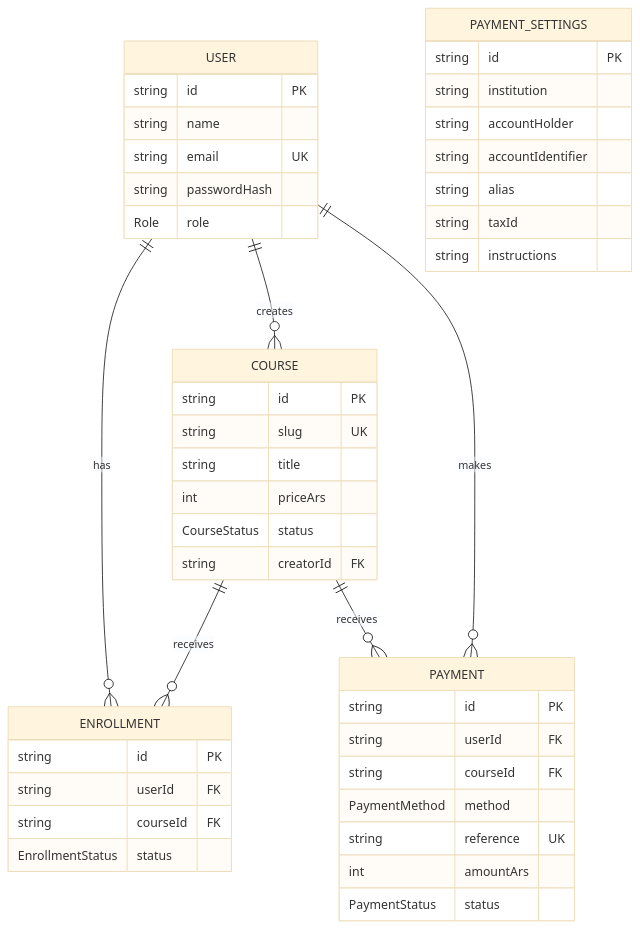
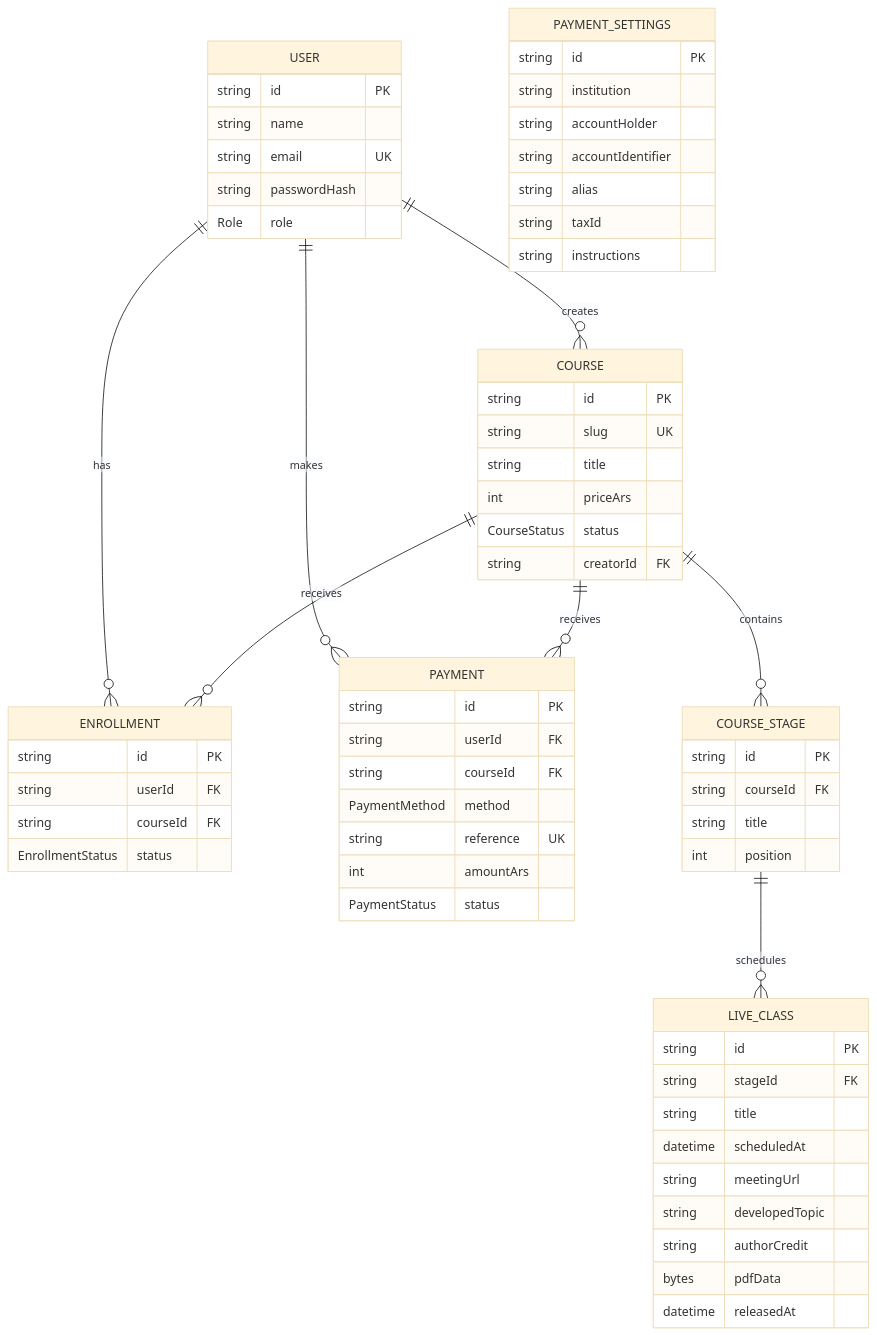
The diagram in docs/der.md (brianlautarolinares-ui/HOWARTS), drawn with Mermaid (base theme) before and after one commit. The commit also changed 21 other files, not shown here.

````diff
--- a/docs/der.md
+++ b/docs/der.md
@@ -3,49 +3,69 @@
 ```mermaid
 erDiagram
   USER ||--o{ ENROLLMENT : has
   COURSE ||--o{ ENROLLMENT : receives
   USER ||--o{ COURSE : creates
 
   USER {
     string id PK
     string name
     string email UK
     string passwordHash
     Role role
   }
   COURSE {
     string id PK
     string slug UK
     string title
     int priceArs
     CourseStatus status
     string creatorId FK
   }
   ENROLLMENT {
     string id PK
     string userId FK
     string courseId FK
     EnrollmentStatus status
   }
   PAYMENT {
     string id PK
     string userId FK
     string courseId FK
     PaymentMethod method
     string reference UK
     int amountArs
     PaymentStatus status
   }
   USER ||--o{ PAYMENT : makes
   COURSE ||--o{ PAYMENT : receives
 
+  COURSE ||--o{ COURSE_STAGE : contains
+  COURSE_STAGE ||--o{ LIVE_CLASS : schedules
+
   PAYMENT_SETTINGS {
     string id PK
     string institution
     string accountHolder
     string accountIdentifier
     string alias
     string taxId
     string instructions
   }
+  COURSE_STAGE {
+    string id PK
+    string courseId FK
+    string title
+    int position
+  }
+  LIVE_CLASS {
+    string id PK
+    string stageId FK
+    string title
+    datetime scheduledAt
+    string meetingUrl
+    string developedTopic
+    string authorCredit
+    bytes pdfData
+    datetime releasedAt
+  }
 ```
````
